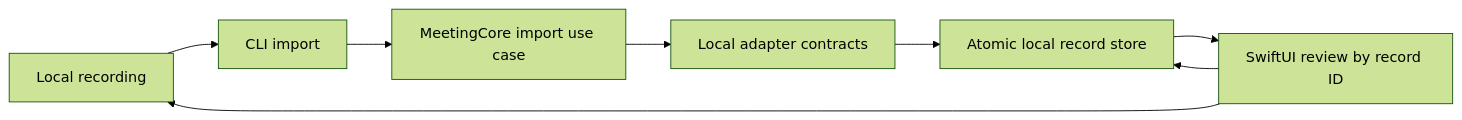
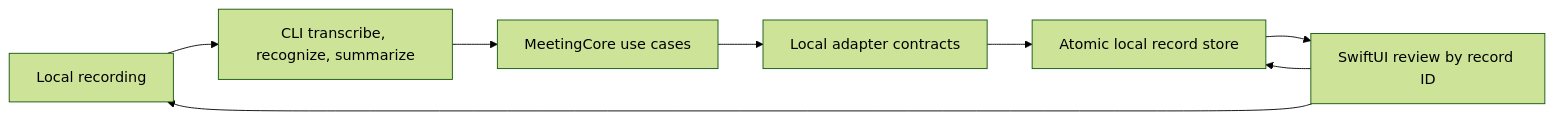
One commit to rstyczynski/meeting_minutes changed the diagram in progress/sprint_2/sprint_2_design.md. Above: the diagram before and after it, drawn with Mermaid (forest theme). The commit also changed 11 other files, not shown here.

````diff
--- a/progress/sprint_2/sprint_2_design.md
+++ b/progress/sprint_2/sprint_2_design.md
@@ -155,10 +155,10 @@
 ```mermaid
 flowchart LR
-    Media[Local recording] --> CLI[CLI import]
-    CLI --> Core[MeetingCore import use case]
+    Media[Local recording] --> CLI[CLI transcribe, recognize, summarize]
+    CLI --> Core[MeetingCore use cases]
     Core --> Models[Local adapter contracts]
     Models --> Store[Atomic local record store]
     Store --> UI[SwiftUI review by record ID]
     UI --> Store
     UI --> Media
 ```
````
